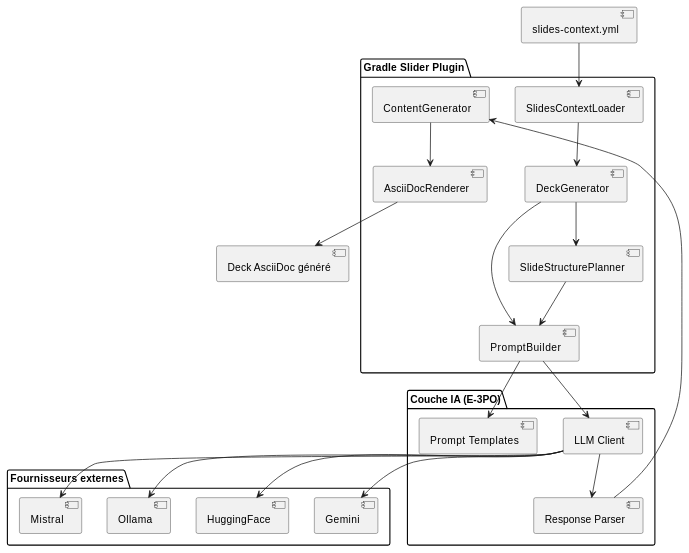
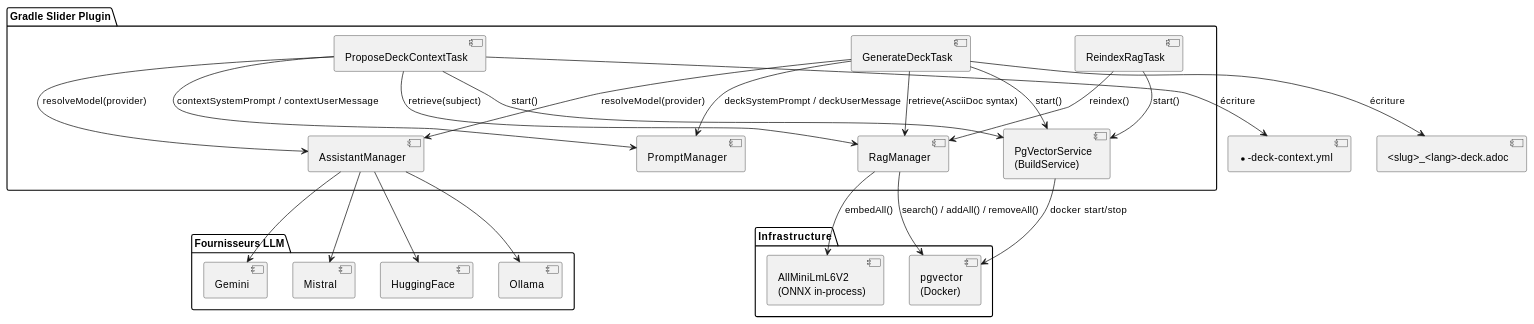
Before and after one commit to cheroliv/slider-gradle: the seventh of 10 diagrams in README_plantuml_fr.adoc, drawn with PlantUML. The commit also changed other lines of this file and 1 other file, not shown here.

Commit message:
📝 docs(README_plantuml*): update AI generation process and file structure for deck context and generated decks

```diff
--- a/README_plantuml_fr.adoc
+++ b/README_plantuml_fr.adoc
@@ -430,47 +477,55 @@
 [plantuml]
 ....
 @startuml
 skinparam componentStyle uml2
 
 package "Gradle Slider Plugin" {
-  component "DeckGenerator" as Generator
-  component "PromptBuilder" as PB
-  component "SlidesContextLoader" as Loader
-  component "SlideStructurePlanner" as Planner
-  component "ContentGenerator" as CG
-  component "AsciiDocRenderer" as Renderer
+  component "ProposeDeckContextTask" as ProposeTask
+  component "GenerateDeckTask" as GenerateTask
+  component "ReindexRagTask" as ReindexTask
+  component "AssistantManager" as AM
+  component "RagManager" as RM
+  component "PgVectorService\n(BuildService)" as PGS
+  component "PromptManager" as PM
 }
 
-package "Couche IA (E-3PO)" {
-  component "LLM Client" as Client
-  component "Prompt Templates" as Templates
-  component "Response Parser" as Parser
+package "Infrastructure" {
+  component "pgvector\n(Docker)" as PG
+  component "AllMiniLmL6V2\n(ONNX in-process)" as Embed
 }
 
-package "Fournisseurs externes" {
+package "Fournisseurs LLM" {
   component "Ollama"
+  component "Gemini"
   component "Mistral"
-  component "Gemini"
   component "HuggingFace"
 }
 
-component "slides-context.yml" as Config
-component "Deck AsciiDoc généré" as Output
+component "*-deck-context.yml" as CtxFile
+component "<slug>_<lang>-deck.adoc" as DeckFile
 
-Config --> Loader
-Loader --> Generator
-Generator --> PB
-Generator --> Planner
-Planner --> PB
-PB --> Templates
-PB --> Client
-Client --> Ollama
-Client --> Mistral
-Client --> Gemini
-Client --> HuggingFace
-Client --> Parser
-Parser --> CG
-CG --> Renderer
-Renderer --> Output
+ProposeTask --> PGS : start()
+ProposeTask --> RM : retrieve(subject)
+ProposeTask --> AM : resolveModel(provider)
+ProposeTask --> PM : contextSystemPrompt / contextUserMessage
+ProposeTask --> CtxFile : écriture
+
+GenerateTask --> PGS : start()
+GenerateTask --> RM : retrieve(AsciiDoc syntax)
+GenerateTask --> AM : resolveModel(provider)
+GenerateTask --> PM : deckSystemPrompt / deckUserMessage
+GenerateTask --> DeckFile : écriture
+
+ReindexTask --> PGS : start()
+ReindexTask --> RM : reindex()
+
+RM --> Embed : embedAll()
+RM --> PG : search() / addAll() / removeAll()
+PGS --> PG : docker start/stop
+
+AM --> Ollama
+AM --> Gemini
+AM --> Mistral
+AM --> HuggingFace
 @enduml
 ....
```
